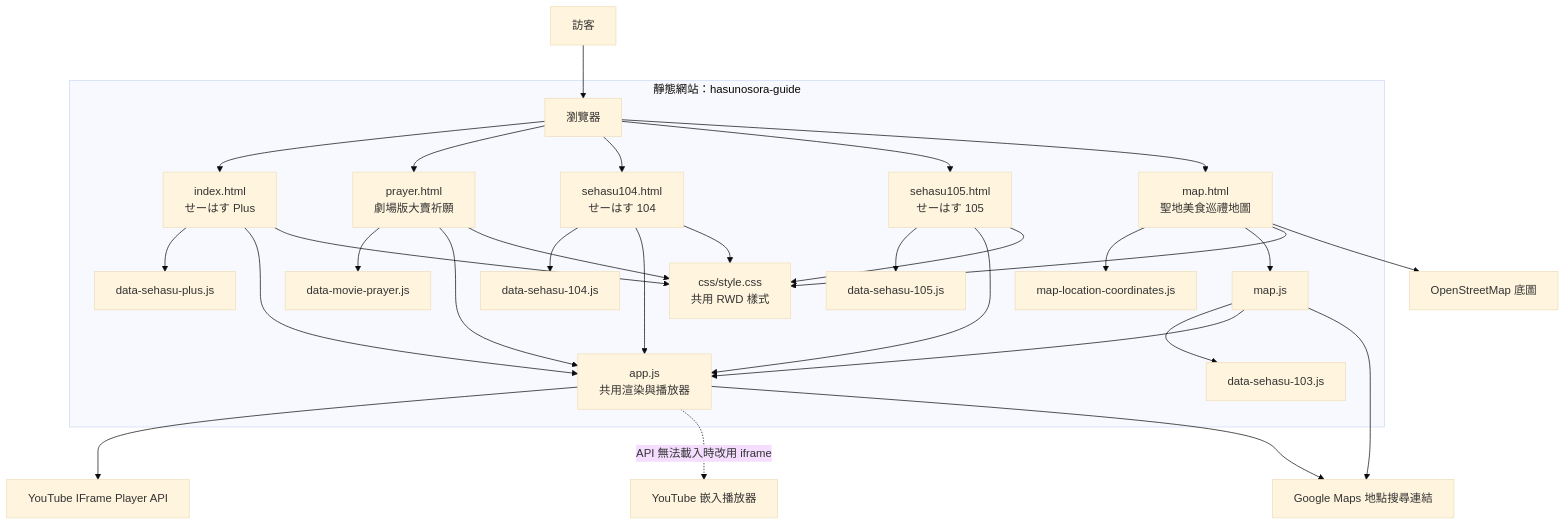
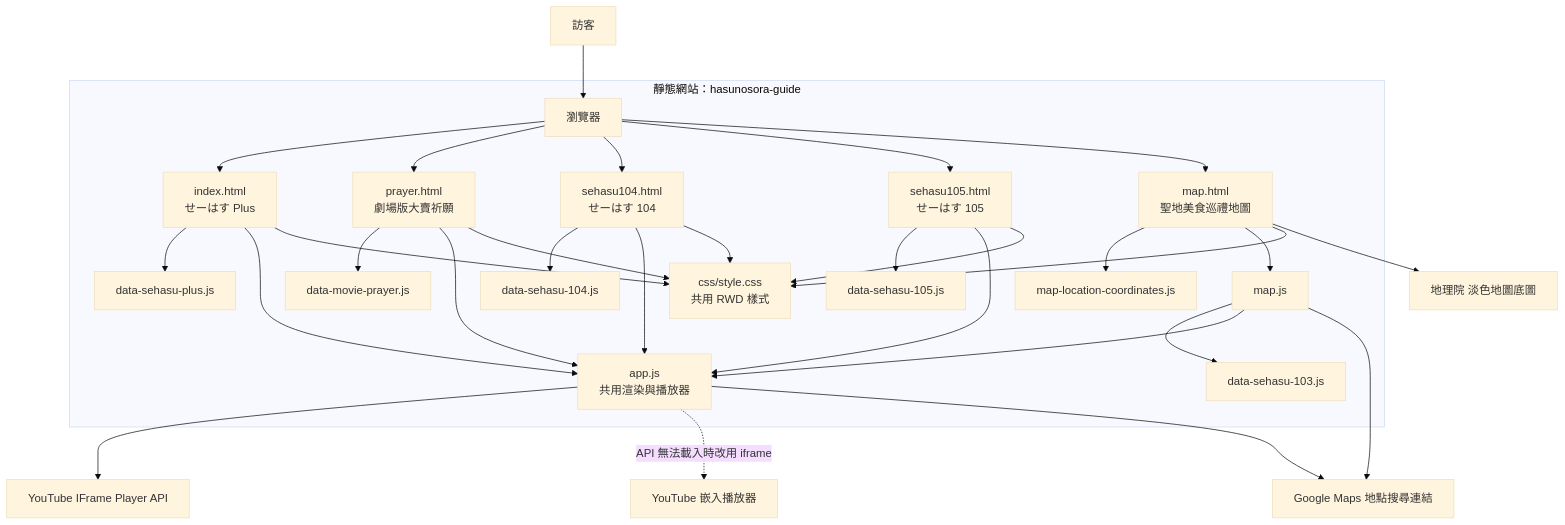
The diagram in hasunosora-guide/README.md (SakakiFu/SakakiFu.github.io), drawn with Mermaid (base theme) before and after one commit. The commit also changed other lines of this file and 2 other files, not shown here.

Commit message:
地圖外觀美化

````diff
--- a/hasunosora-guide/README.md
+++ b/hasunosora-guide/README.md
@@ -54,38 +54,38 @@
 ```mermaid
 flowchart TD
     Visitor[訪客] --> Browser[瀏覽器]
 
     subgraph Site[靜態網站：hasunosora-guide]
         Browser --> Plus[index.html<br/>せーはす Plus]
         Browser --> Prayer[prayer.html<br/>劇場版大賣祈願]
         Browser --> Sehasu104[sehasu104.html<br/>せーはす 104]
         Browser --> Sehasu105[sehasu105.html<br/>せーはす 105]
         Browser --> Map[map.html<br/>聖地美食巡禮地圖]
 
         Plus --> PlusData[data-sehasu-plus.js]
         Prayer --> PrayerData[data-movie-prayer.js]
         MapScript --> Sehasu103Data[data-sehasu-103.js]
         Sehasu104 --> Sehasu104Data[data-sehasu-104.js]
         Sehasu105 --> Sehasu105Data[data-sehasu-105.js]
 
         Plus --> App[app.js<br/>共用渲染與播放器]
         Prayer --> App
         Sehasu104 --> App
         Sehasu105 --> App
         Plus --> Style[css/style.css<br/>共用 RWD 樣式]
         Prayer --> Style
         Sehasu104 --> Style
         Sehasu105 --> Style
 
         Map --> MapData[map-location-coordinates.js]
         Map --> MapScript[map.js]
         MapScript --> App
         Map --> Style
     end
 
     App --> YouTube[YouTube IFrame Player API]
     App -. API 無法載入時改用 iframe .-> Embed[YouTube 嵌入播放器]
-    Map --> Tiles[OpenStreetMap 底圖]
+    Map --> Tiles[地理院 淡色地圖底圖]
     App --> Maps[Google Maps 地點搜尋連結]
     MapScript --> Maps
 ```
````
